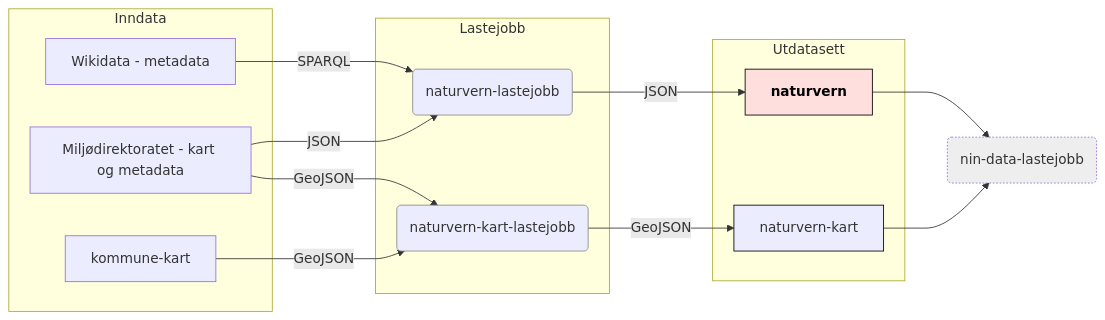
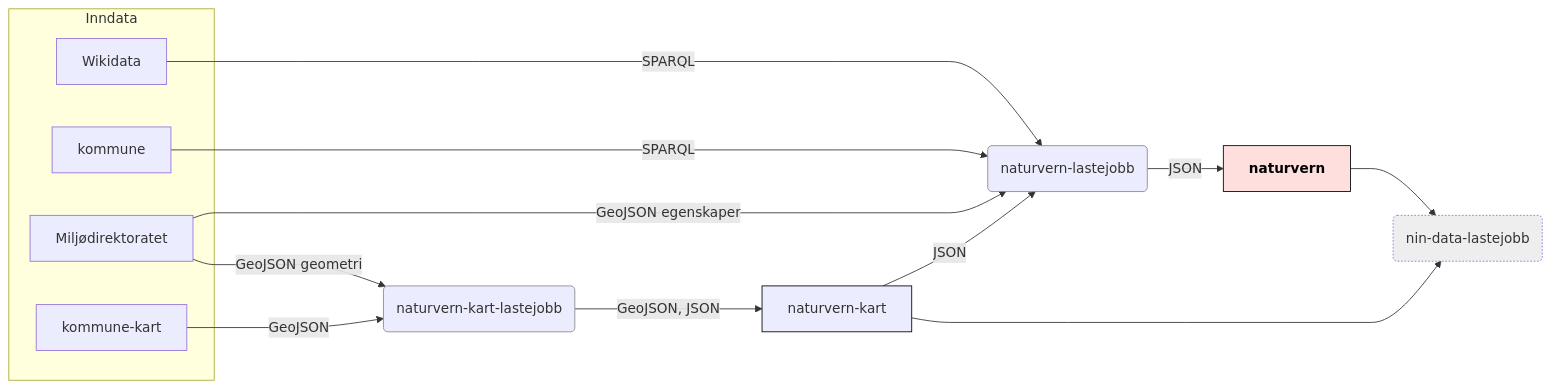
One commit to Artsdatabanken/naturvern changed the diagram in doc/flytdiagram.md. Above: the diagram before and after it, drawn with Mermaid. The commit also changed 1 other file, not shown here.

Commit message:
Beskriv datatype

````diff
--- a/doc/flytdiagram.md
+++ b/doc/flytdiagram.md
@@ -1,46 +1,45 @@
 ```mermaid
 
 graph LR;
   linkStyle default interpolate monotoneX
     subgraph Inndata
+      kommune[kommune]
       kommune-kart[kommune-kart]
-      wikidata[Wikidata - metadata]
-      mdir[Miljødirektoratet - kart og metadata]
+      wikidata[Wikidata]
+      mdir[Miljødirektoratet]
     end
-    subgraph Lastejobb
       naturvern-kart-lastejobb(naturvern-kart-lastejobb)
       naturvern-lastejobb(naturvern-lastejobb)
-    end
-    subgraph Utdatasett
-      naturvern-kart[naturvern-kart]
-      naturvern[naturvern]
-    end
+    naturvern-kart[naturvern-kart]
+    naturvern[naturvern]
     wikidata-->|SPARQL|naturvern-lastejobb;
-    mdir-->|JSON|naturvern-lastejobb;
-    mdir-->|GeoJSON|naturvern-kart-lastejobb;
-    naturvern-kart-lastejobb-->|GeoJSON|naturvern-kart;
+    kommune-->|SPARQL|naturvern-lastejobb;
+    mdir-->|GeoJSON egenskaper|naturvern-lastejobb;
+    mdir-->|GeoJSON geometri|naturvern-kart-lastejobb;
+    naturvern-kart-lastejobb-->|GeoJSON, JSON|naturvern-kart;
+    naturvern-kart-->|JSON|naturvern-lastejobb;
     naturvern-lastejobb-->|JSON|naturvern;
     kommune-kart-->|GeoJSON|naturvern-kart-lastejobb(naturvern-kart-lastejobb);
     naturvern-->nin-data-lastejobb(nin-data-lastejobb);
     naturvern-kart-->nin-data-lastejobb(nin-data-lastejobb);
     click naturvern-lastejobb "https://github.com/Artsdatabanken/naturvern-lastejobb" "_"
     click naturvern "https://github.com/Artsdatabanken/naturvern" "_"
     click naturvern-kart "https://github.com/Artsdatabanken/naturvern-kart" "_"
     click naturvern-kart-lastejobb "https://github.com/Artsdatabanken/naturvern-kart-lastejobb" "_"
     click kommune-kart "https://github.com/Artsdatabanken/kommune-kart" "_"
     click wikidata "https://www.wikidata.org/wiki/Q15284" "_"
     click mdir "https://www.mdir.no" "_"
 
 class naturvern focus
 class kommune,wikidata,mdir data
 class naturvern,naturvern-kart, utdata
 class naturvern-lastejobb,naturvern-kart-lastejobb lastejobb
 class nin-data-lastejobb next
 classDef focusx stroke:#888,stroke-width:3px,font-weight:600;
 classDef focus color:#000,fill:#ffdede,stroke:#888,stroke-widthx:3px,font-weight:600;
 classDef data fillx:#ffd;
 classDef lastejobb fillx:#fff,stroke:#888;
 classDef utdata fillx:#ffa,stroke:#000;
 classDef next fill:#eee,stroke-dasharray: 2, 2;
 
 ```
````
